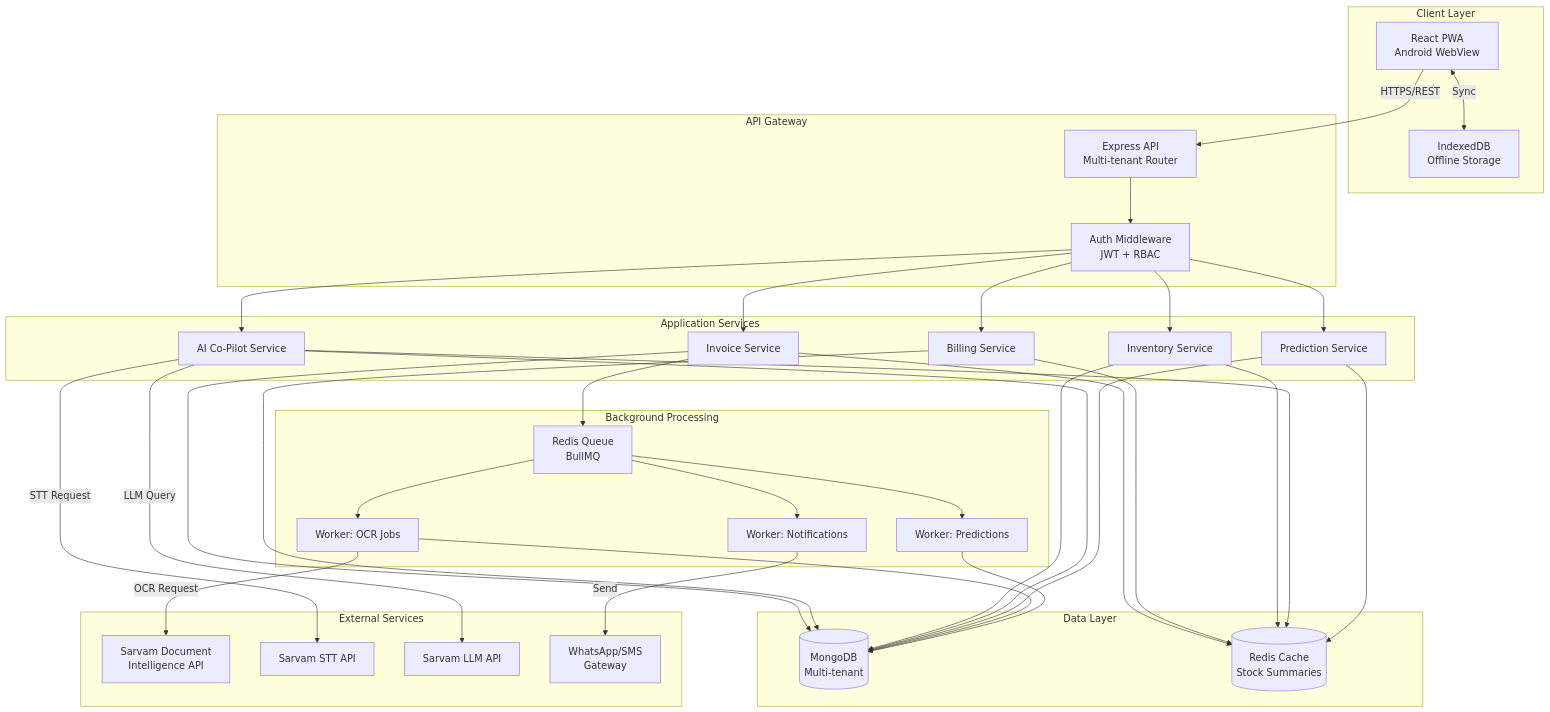
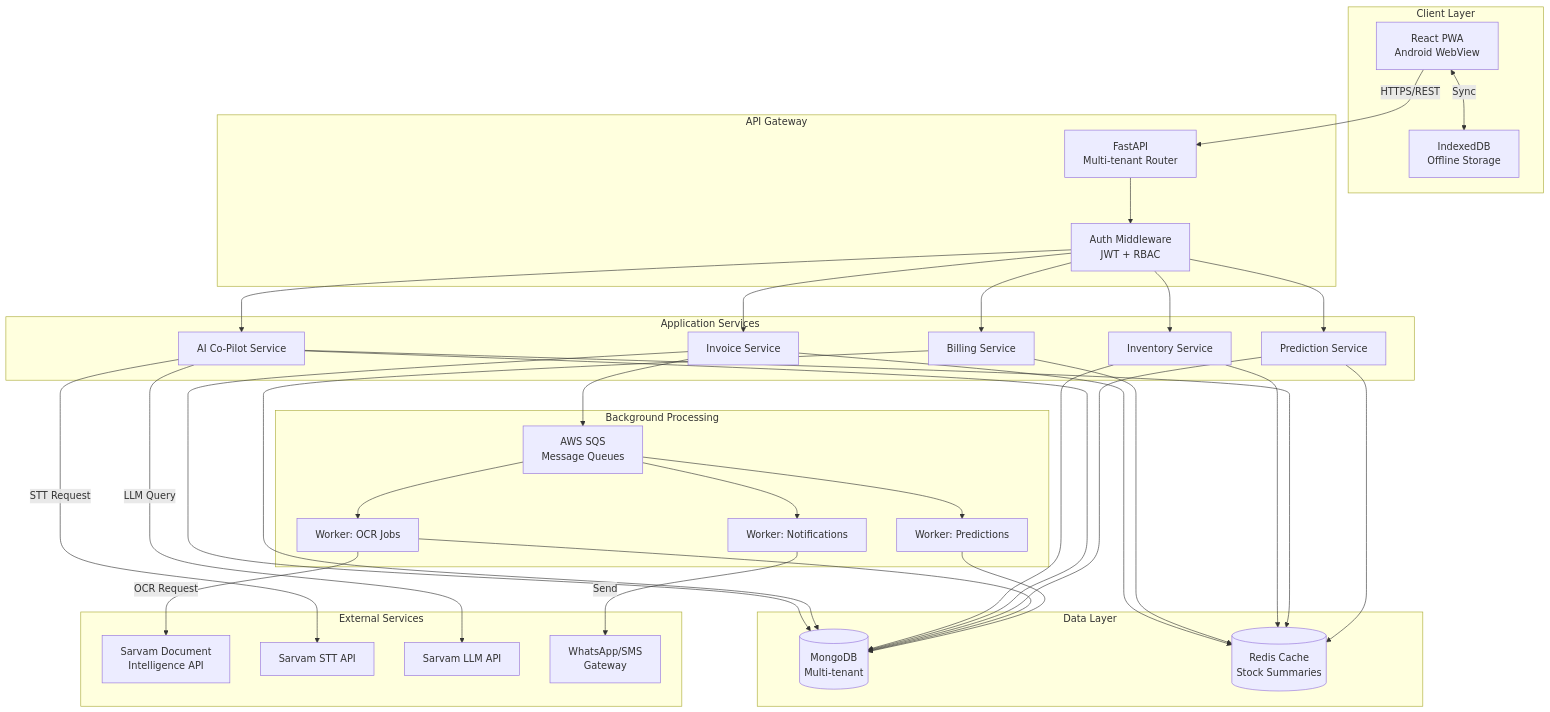
Before and after one commit to rishav-dev-verma/ai-msme: the first of 4 diagrams in design.md, drawn with Mermaid. The commit also changed other lines of this file, not shown here.

````diff
--- a/design.md
+++ b/design.md
@@ -22,54 +22,54 @@
 ```mermaid
 graph TB
     subgraph "Client Layer"
         A[React PWA<br/>Android WebView]
         B[IndexedDB<br/>Offline Storage]
     end
     
     subgraph "API Gateway"
-        C[Express API<br/>Multi-tenant Router]
+        C[FastAPI<br/>Multi-tenant Router]
         D[Auth Middleware<br/>JWT + RBAC]
     end
     
     subgraph "Application Services"
         E[Invoice Service]
         F[Billing Service]
         G[Inventory Service]
         H[AI Co-Pilot Service]
         I[Prediction Service]
     end
     
     subgraph "Background Processing"
-        J[Redis Queue<br/>BullMQ]
+        J[AWS SQS<br/>Message Queues]
         K[Worker: OCR Jobs]
         L[Worker: Predictions]
         M[Worker: Notifications]
     end
     
     subgraph "Data Layer"
         N[(MongoDB<br/>Multi-tenant)]
         O[(Redis Cache<br/>Stock Summaries)]
     end
     
     subgraph "External Services"
         P[Sarvam Document<br/>Intelligence API]
         Q[Sarvam STT API]
         R[Sarvam LLM API]
         S[WhatsApp/SMS<br/>Gateway]
     end
 
     A -->|HTTPS/REST| C
     A <-->|Sync| B
     C --> D
     D --> E & F & G & H & I
     E & F & G --> N
     E & F & G --> O
     H & I --> N & O
     E --> J
     J --> K & L & M
     K -->|OCR Request| P
     H -->|STT Request| Q
     H -->|LLM Query| R
     M -->|Send| S
     K & L --> N
 ```
````
